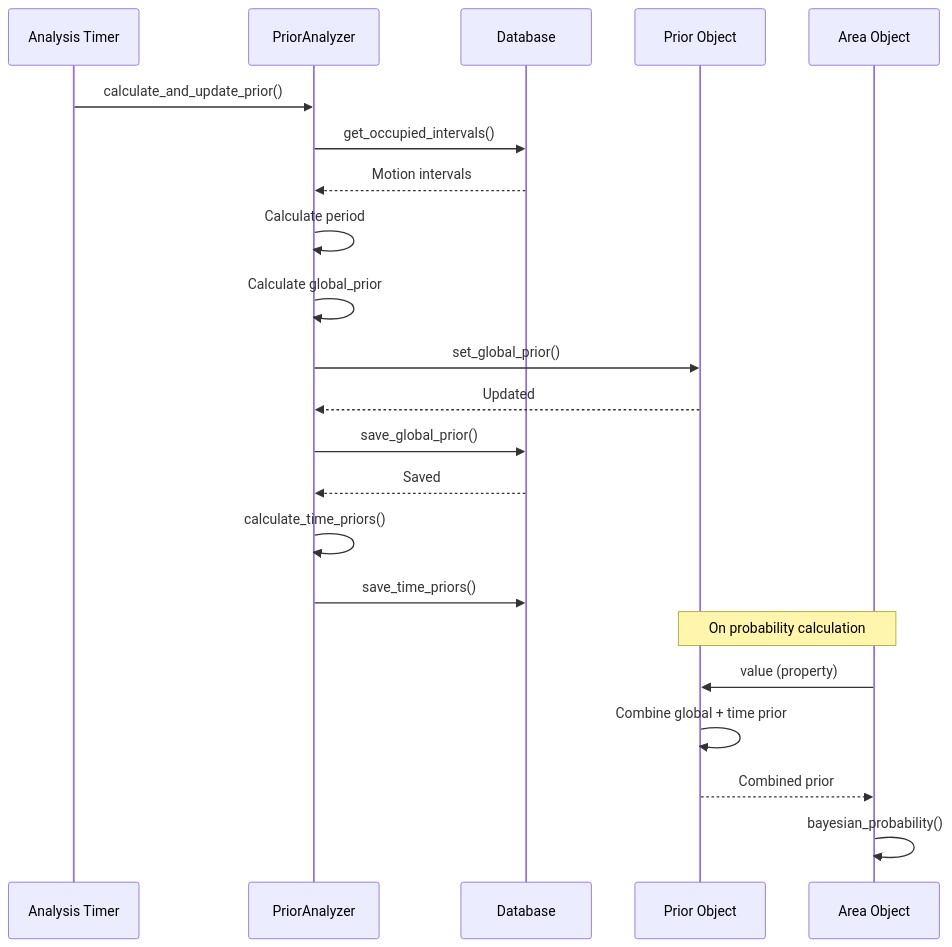
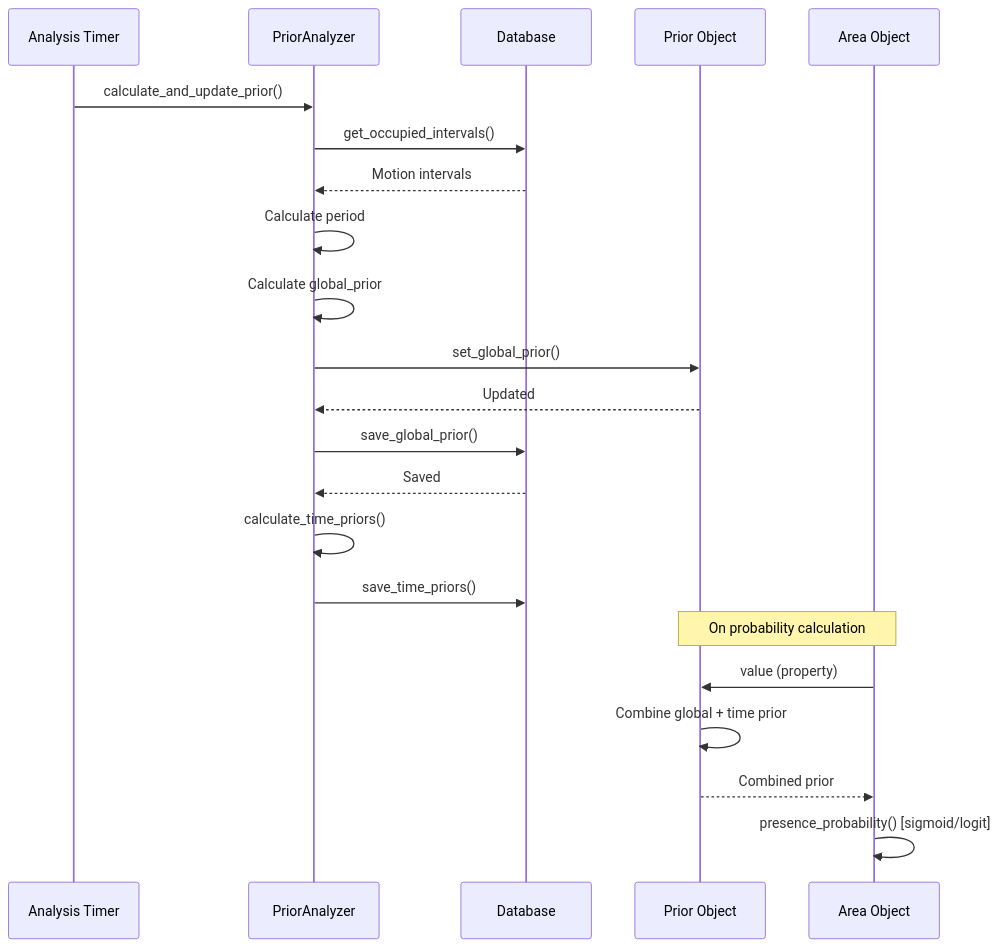
One commit to Hankanman/Area-Occupancy-Detection changed the second of 2 diagrams in docs/docs/technical/global-prior-flow.md. Above: the diagram before and after it, drawn with Mermaid. The commit also changed other lines of this file and 47 other files, not shown here.

First line of the commit message:
chore: remove dead bayesian_probability + repo-wide agent tooling cleanup (#529)

````diff
--- a/docs/docs/technical/global-prior-flow.md
+++ b/docs/docs/technical/global-prior-flow.md
@@ -315,29 +315,29 @@
 ```mermaid
 sequenceDiagram
     participant Timer as Analysis Timer
     participant Analysis as PriorAnalyzer
     participant DB as Database
     participant Prior as Prior Object
     participant Area as Area Object
 
     Timer->>Analysis: calculate_and_update_prior()
     Analysis->>DB: get_occupied_intervals()
     DB-->>Analysis: Motion intervals
 
     Analysis->>Analysis: Calculate period
     Analysis->>Analysis: Calculate global_prior
     Analysis->>Prior: set_global_prior()
     Prior-->>Analysis: Updated
 
     Analysis->>DB: save_global_prior()
     DB-->>Analysis: Saved
 
     Analysis->>Analysis: calculate_time_priors()
     Analysis->>DB: save_time_priors()
 
     Note over Area,Prior: On probability calculation
     Area->>Prior: value (property)
     Prior->>Prior: Combine global + time prior
     Prior-->>Area: Combined prior
-    Area->>Area: bayesian_probability()
+    Area->>Area: presence_probability() [sigmoid/logit]
 ```
````
